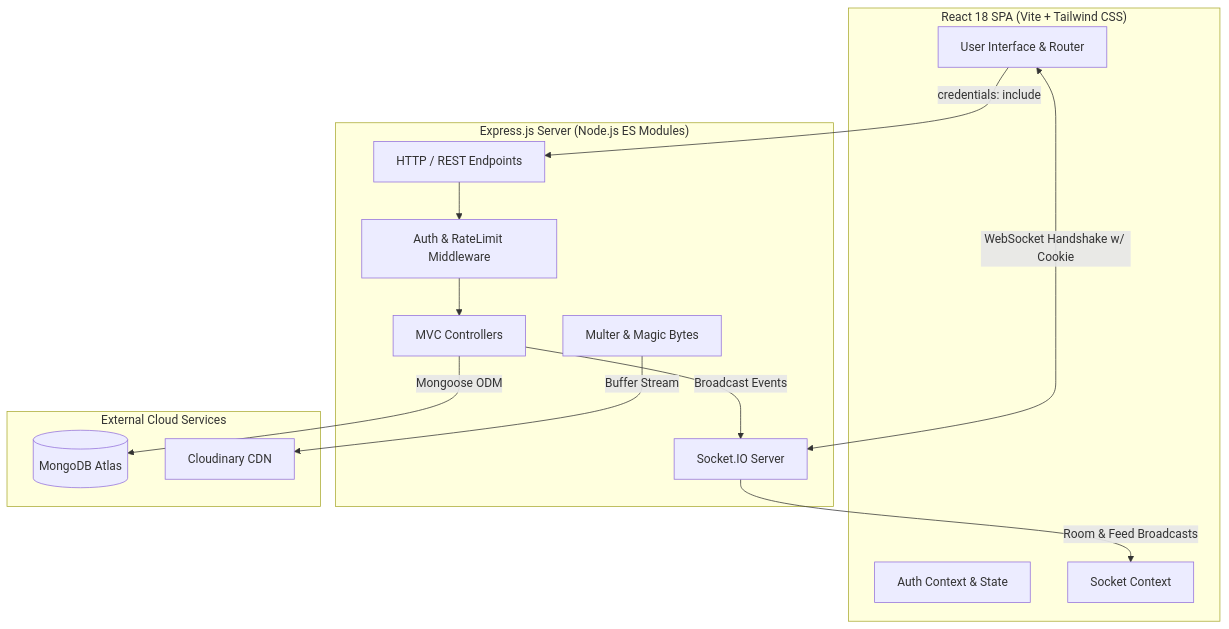
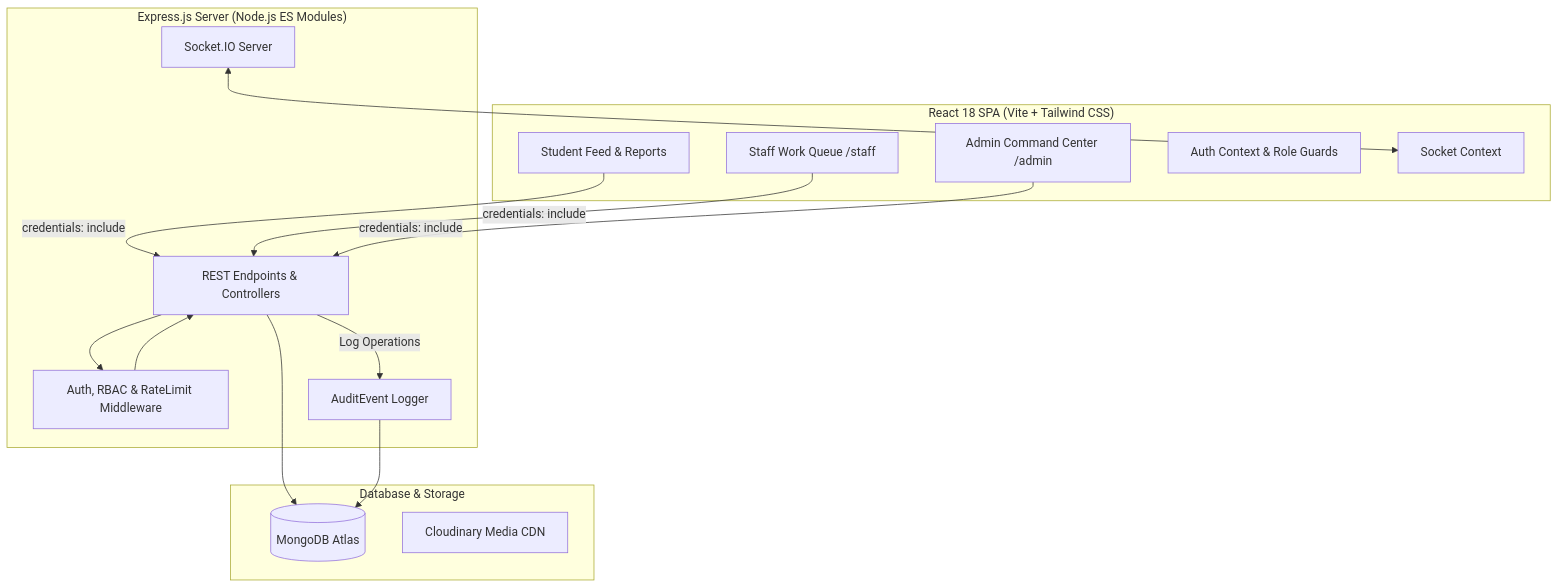
One commit to MANANAR2007/campuspulse changed the diagram in README.md. Above: the diagram before and after it, drawn with Mermaid. The commit also changed other lines of this file and 36 other files, not shown here.

Commit message:
feat: implement CampusPulse 2.0 operational workflow, department routing, staff queues, and audit trail

````diff
--- a/README.md
+++ b/README.md
@@ -33,29 +53,32 @@
 ```mermaid
 flowchart TD
     subgraph Client["React 18 SPA (Vite + Tailwind CSS)"]
-        UI[User Interface & Router]
-        AuthCtx[Auth Context & State]
+        UI_Student[Student Feed & Reports]
+        UI_Staff[Staff Work Queue /staff]
+        UI_Admin[Admin Command Center /admin]
+        AuthCtx[Auth Context & Role Guards]
         SockCtx[Socket Context]
     end
 
     subgraph Server["Express.js Server (Node.js ES Modules)"]
-        HTTP[HTTP / REST Endpoints]
-        MW[Auth & RateLimit Middleware]
-        Ctrl[MVC Controllers]
+        HTTP[REST Endpoints & Controllers]
+        MW[Auth, RBAC & RateLimit Middleware]
         WS[Socket.IO Server]
-        Upload[Multer & Magic Bytes]
+        Audit[AuditEvent Logger]
     end
 
-    subgraph External["External Cloud Services"]
+    subgraph External["Database & Storage"]
         Mongo[(MongoDB Atlas)]
-        Cloud[Cloudinary CDN]
+        Cloud[Cloudinary Media CDN]
     end
 
-    UI -->|credentials: include| HTTP
-    UI <-->|WebSocket Handshake w/ Cookie| WS
-    HTTP --> MW --> Ctrl
-    Ctrl -->|Mongoose ODM| Mongo
-    Upload -->|Buffer Stream| Cloud
-    Ctrl -->|Broadcast Events| WS
-    WS -->|Room & Feed Broadcasts| SockCtx
+    UI_Student -->|credentials: include| HTTP
+    UI_Staff -->|credentials: include| HTTP
+    UI_Admin -->|credentials: include| HTTP
+    HTTP --> MW
+    MW --> HTTP
+    HTTP -->|Log Operations| Audit
+    HTTP --> Mongo
+    WS <--> SockCtx
+    Audit --> Mongo
 ```
````
